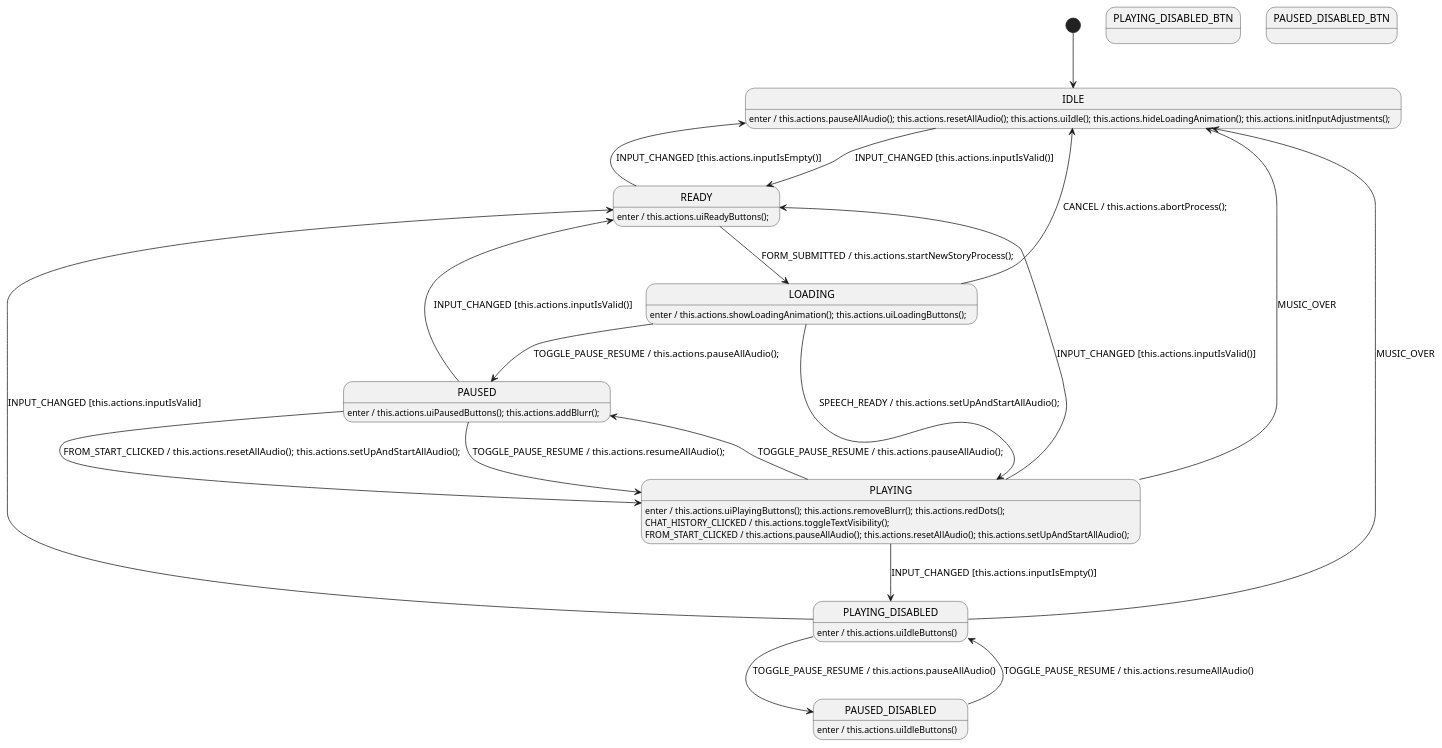
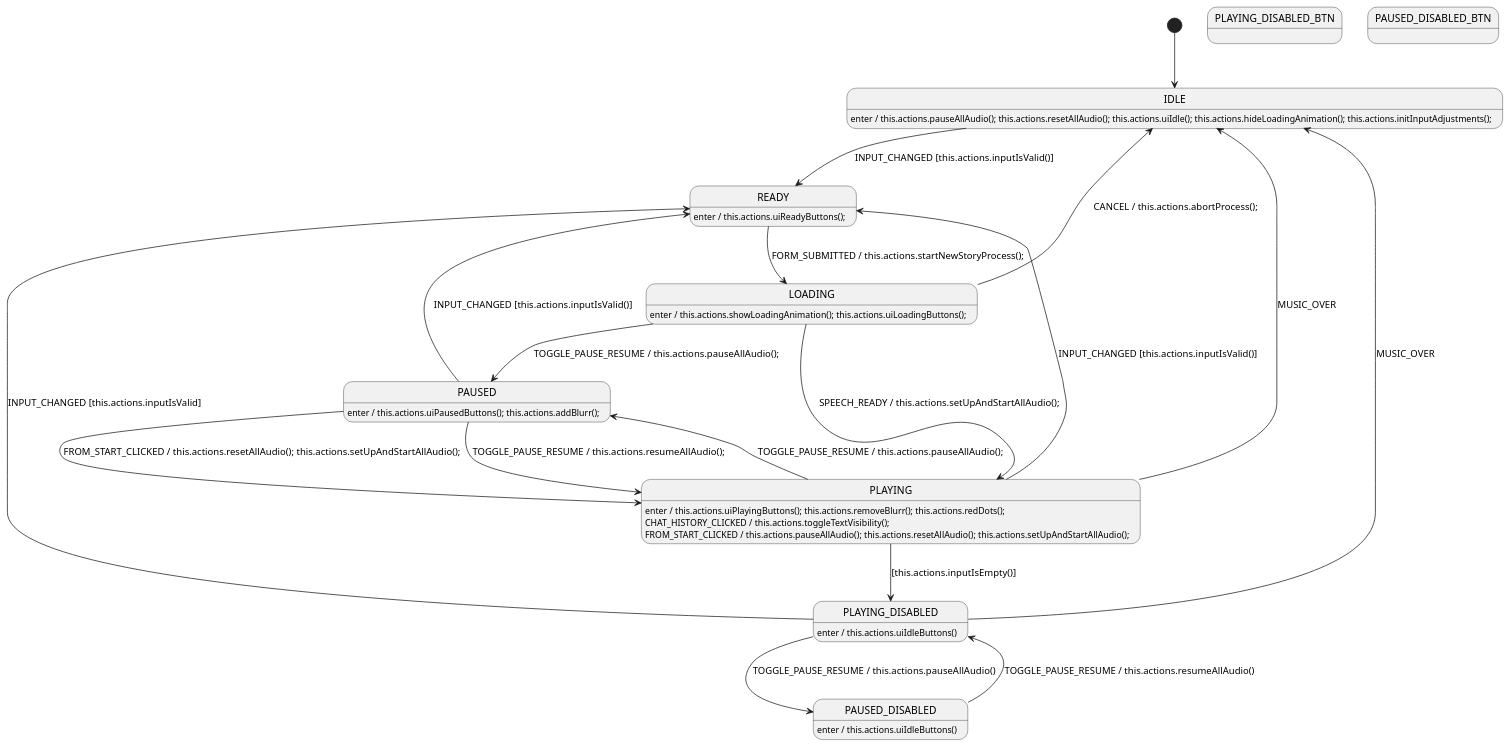
One commit to grannygoestoheaven/teller changed the diagram in static/js/audioSmActions.plantuml. Above: the diagram before and after it, drawn with PlantUML. The commit also changed 30 other files, not shown here.

```diff
--- a/static/js/audioSmActions.plantuml
+++ b/static/js/audioSmActions.plantuml
@@ -1,55 +1,53 @@
 @startuml AudioStateMachine
 
     '############################ States ############################
 
     [*] --> IDLE
 
     state IDLE
     state READY
     state LOADING
     state PLAYING
     state PLAYING_DISABLED_BTN
     state PAUSED
     state PAUSED_DISABLED_BTN
 
     '############################ Handlers ############################
 
     IDLE: enter / this.actions.pauseAllAudio(); this.actions.resetAllAudio(); this.actions.uiIdle(); this.actions.hideLoadingAnimation(); this.actions.initInputAdjustments();
     IDLE --> READY : INPUT_CHANGED [this.actions.inputIsValid()]
 
     READY: enter / this.actions.uiReadyButtons();
     READY --> LOADING : FORM_SUBMITTED / this.actions.startNewStoryProcess();
-    READY --> IDLE : INPUT_CHANGED [this.actions.inputIsEmpty()]
 
     LOADING: enter / this.actions.showLoadingAnimation(); this.actions.uiLoadingButtons();
     LOADING --> PLAYING : SPEECH_READY / this.actions.setUpAndStartAllAudio();
     LOADING --> PAUSED : TOGGLE_PAUSE_RESUME / this.actions.pauseAllAudio();
     LOADING --> IDLE : CANCEL / this.actions.abortProcess();
 
     PLAYING: enter / this.actions.uiPlayingButtons(); this.actions.removeBlurr(); this.actions.redDots();
     PLAYING --> PAUSED : TOGGLE_PAUSE_RESUME / this.actions.pauseAllAudio();
     PLAYING --> IDLE : MUSIC_OVER
     PLAYING --> READY : INPUT_CHANGED [this.actions.inputIsValid()]
-    PLAYING --> PLAYING_DISABLED : INPUT_CHANGED [this.actions.inputIsEmpty()]
+    PLAYING --> PLAYING_DISABLED : [this.actions.inputIsEmpty()]
     PLAYING : CHAT_HISTORY_CLICKED / this.actions.toggleTextVisibility();
     PLAYING : FROM_START_CLICKED / this.actions.pauseAllAudio(); this.actions.resetAllAudio(); this.actions.setUpAndStartAllAudio();
-
 
     PLAYING_DISABLED: enter / this.actions.uiIdleButtons()
     PLAYING_DISABLED --> READY : INPUT_CHANGED [this.actions.inputIsValid]
     PLAYING_DISABLED --> IDLE : MUSIC_OVER
     PLAYING_DISABLED --> PAUSED_DISABLED : TOGGLE_PAUSE_RESUME / this.actions.pauseAllAudio()
 
     PAUSED: enter / this.actions.uiPausedButtons(); this.actions.addBlurr();
     PAUSED --> PLAYING : TOGGLE_PAUSE_RESUME / this.actions.resumeAllAudio();
     PAUSED --> PLAYING : FROM_START_CLICKED / this.actions.resetAllAudio(); this.actions.setUpAndStartAllAudio();
     PAUSED --> READY : INPUT_CHANGED [this.actions.inputIsValid()]
 
     PAUSED_DISABLED: enter / this.actions.uiIdleButtons()
     PAUSED_DISABLED --> PLAYING_DISABLED : TOGGLE_PAUSE_RESUME / this.actions.resumeAllAudio()
 
 /'! $CONFIG : toml
 SmRunnerSettings.transpilerId = "JavaScript"
 '/
 
 @enduml
```
